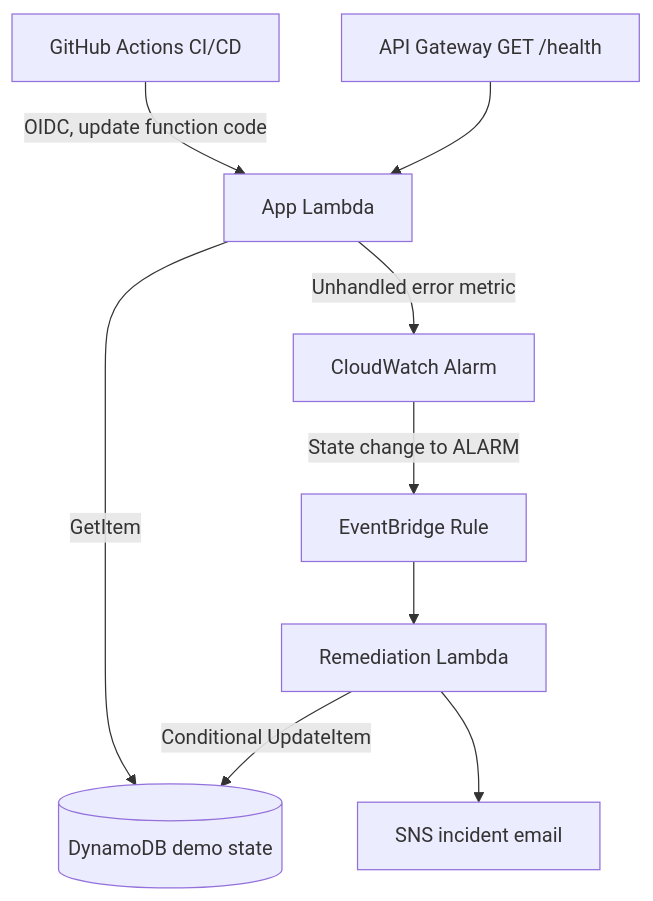
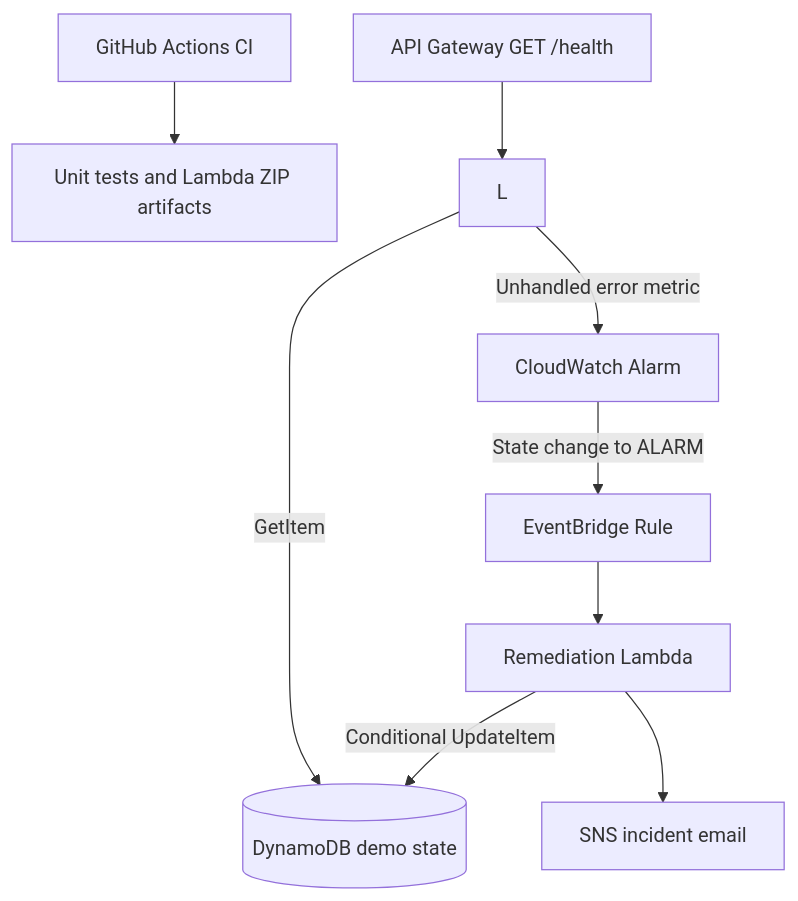
One commit to PRIYAM2652/aws-cloudops-auto-healing-platform changed the diagram in README.md. Above: the diagram before and after it, drawn with Mermaid. The commit also changed other lines of this file and 2 other files, not shown here.

````diff
--- a/README.md
+++ b/README.md
@@ -9,11 +9,11 @@
 ```mermaid
 flowchart TD
-  GH[GitHub Actions CI/CD] -->|OIDC, update function code| L[App Lambda]
+  GH[GitHub Actions CI] --> BUILD[Unit tests and Lambda ZIP artifacts]
   API[API Gateway GET /health] --> L
   L -->|GetItem| DB[(DynamoDB demo state)]
   L -->|Unhandled error metric| CW[CloudWatch Alarm]
   CW -->|State change to ALARM| EB[EventBridge Rule]
   EB --> R[Remediation Lambda]
   R -->|Conditional UpdateItem| DB
   R --> S[SNS incident email]
 ```
````
